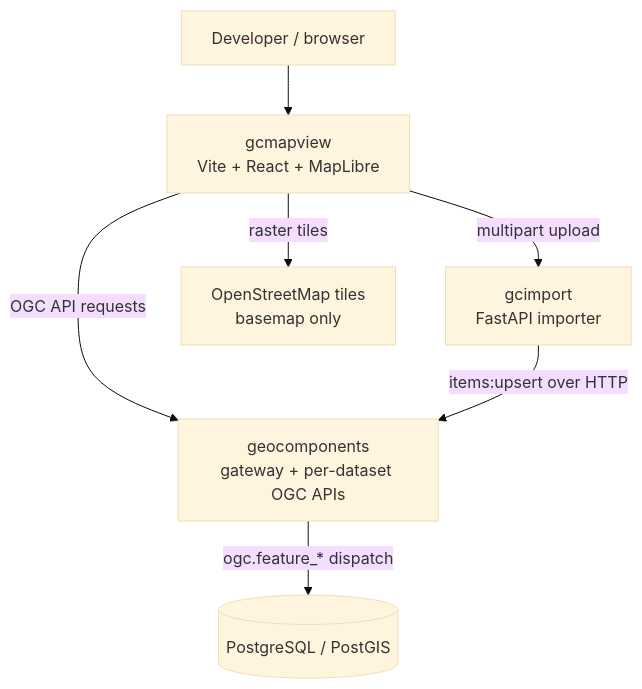
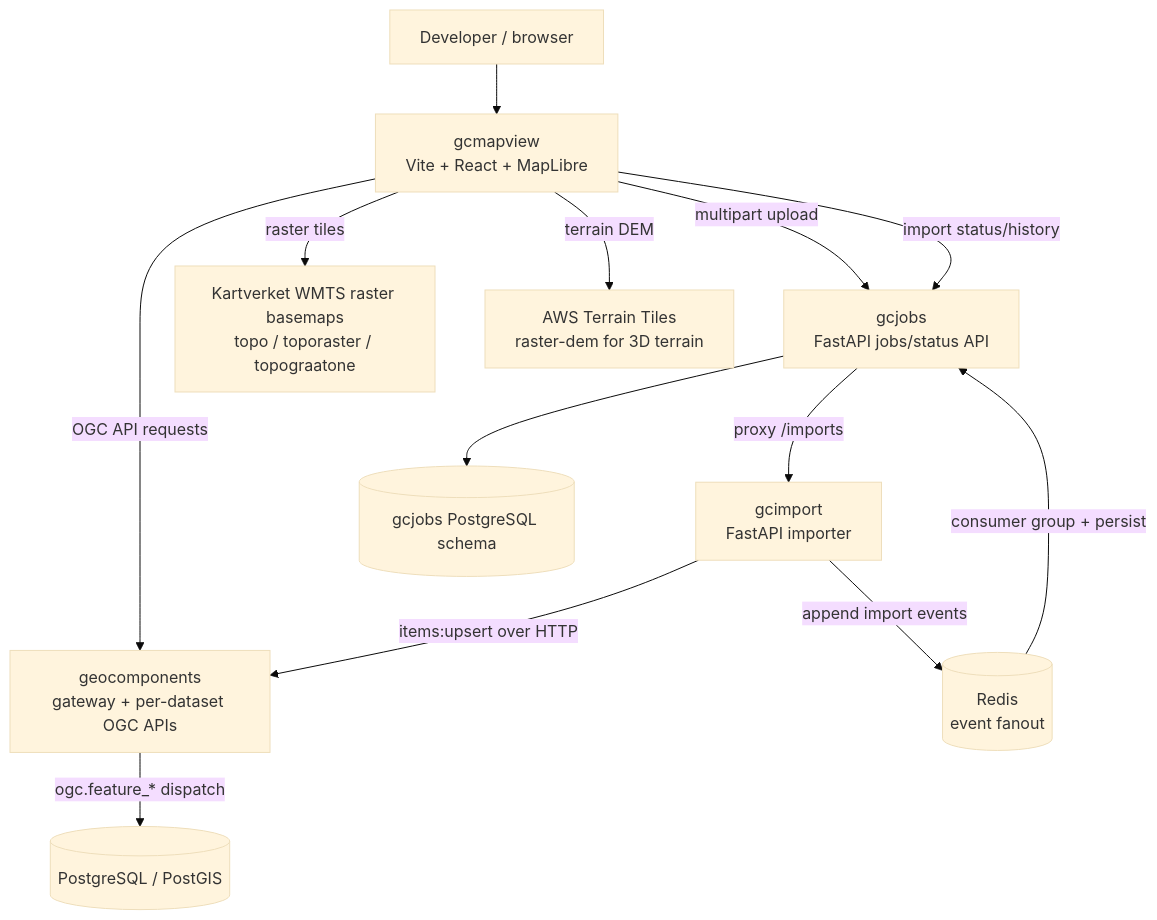
One commit to kartverket/topografisk-gdb-api changed the first of 10 diagrams in docs/ARCHITECTURE.md. Above: the diagram before and after it, drawn with Mermaid (base theme). The commit also changed other lines of this file and 50 other files, not shown here.

````diff
--- a/docs/ARCHITECTURE.md
+++ b/docs/ARCHITECTURE.md
@@ -13,16 +13,26 @@
 ```mermaid
 flowchart TB
   User["Developer / browser"]
   FE["gcmapview<br/>Vite + React + MapLibre"]
   IMP["gcimport<br/>FastAPI importer"]
+  JOBS["gcjobs<br/>FastAPI jobs/status API"]
   API["geocomponents<br/>gateway + per-dataset OGC APIs"]
+  REDIS[("Redis<br/>event fanout")]
   DB[("PostgreSQL / PostGIS")]
-  OSM["OpenStreetMap tiles<br/>basemap only"]
+  JOBDB[("gcjobs PostgreSQL schema")]
+  BASE["Kartverket WMTS raster basemaps<br/>topo / toporaster / topograatone"]
+  TERRAIN["AWS Terrain Tiles<br/>raster-dem for 3D terrain"]
 
   User --> FE
-  FE -->|multipart upload| IMP
+  FE -->|multipart upload| JOBS
   FE -->|OGC API requests| API
-  FE -->|raster tiles| OSM
+  FE -->|import status/history| JOBS
+  FE -->|raster tiles| BASE
+  FE -->|terrain DEM| TERRAIN
+  JOBS -->|proxy /imports| IMP
   IMP -->|items:upsert over HTTP| API
+  IMP -->|append import events| REDIS
+  REDIS -->|consumer group + persist| JOBS
   API -->|ogc.feature_* dispatch| DB
+  JOBS --> JOBDB
 ```
````
